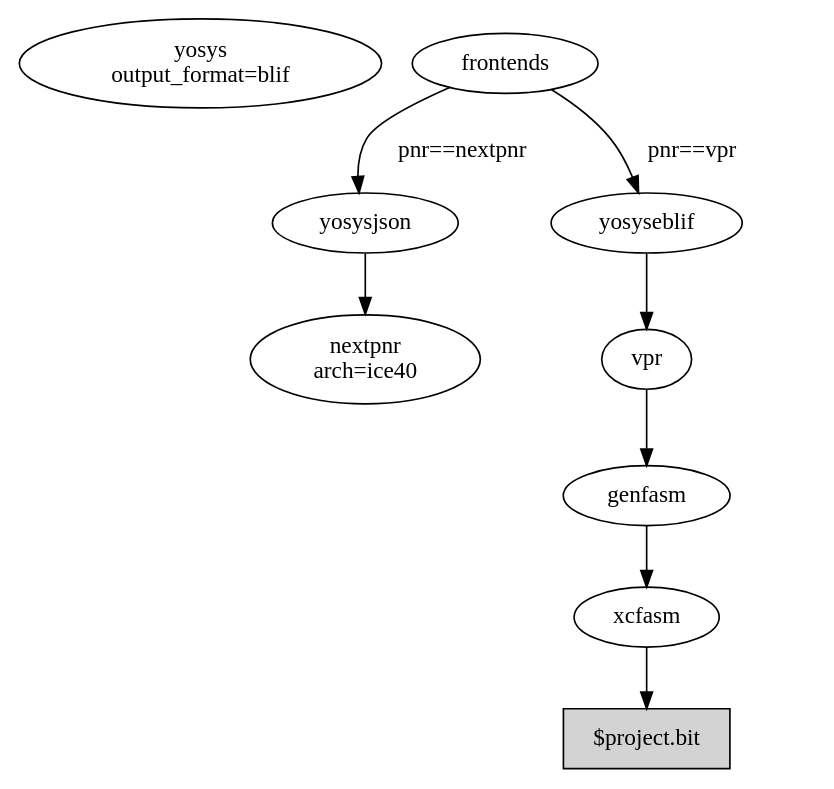
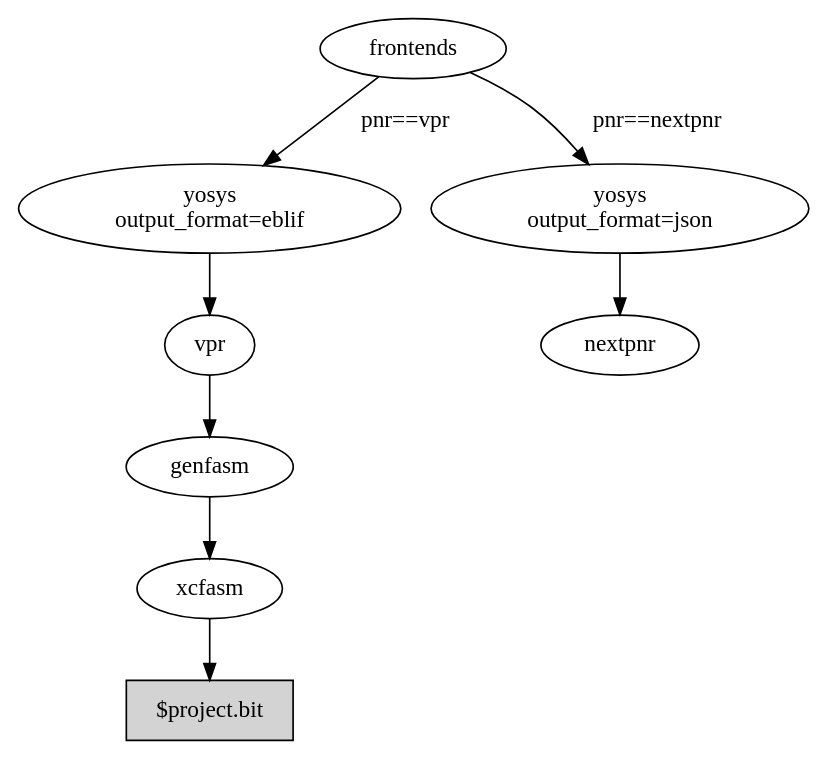
The diagram in doc/edam/f4pga.gv (olofk/edalize), drawn with Graphviz before and after one commit.

```diff
--- a/doc/edam/f4pga.gv
+++ b/doc/edam/f4pga.gv
@@ -1,13 +1,13 @@
 digraph G {
-yosysblif [label="yosys\noutput_format=blif"]
-nextpnr [label="nextpnr\narch=ice40"]
+yosyseblif [label="yosys\noutput_format=eblif"]
+yosysjson [label="yosys\noutput_format=json"]
 "$project.bit" [shape=box,style=filled]
 
 frontends -> yosysjson[label="pnr==nextpnr         "];
 frontends -> yosyseblif[label="pnr==vpr         "];
 yosysjson -> nextpnr;
 yosyseblif -> vpr;
 vpr -> genfasm;
 genfasm -> xcfasm;
 xcfasm -> "$project.bit";
 }
```
